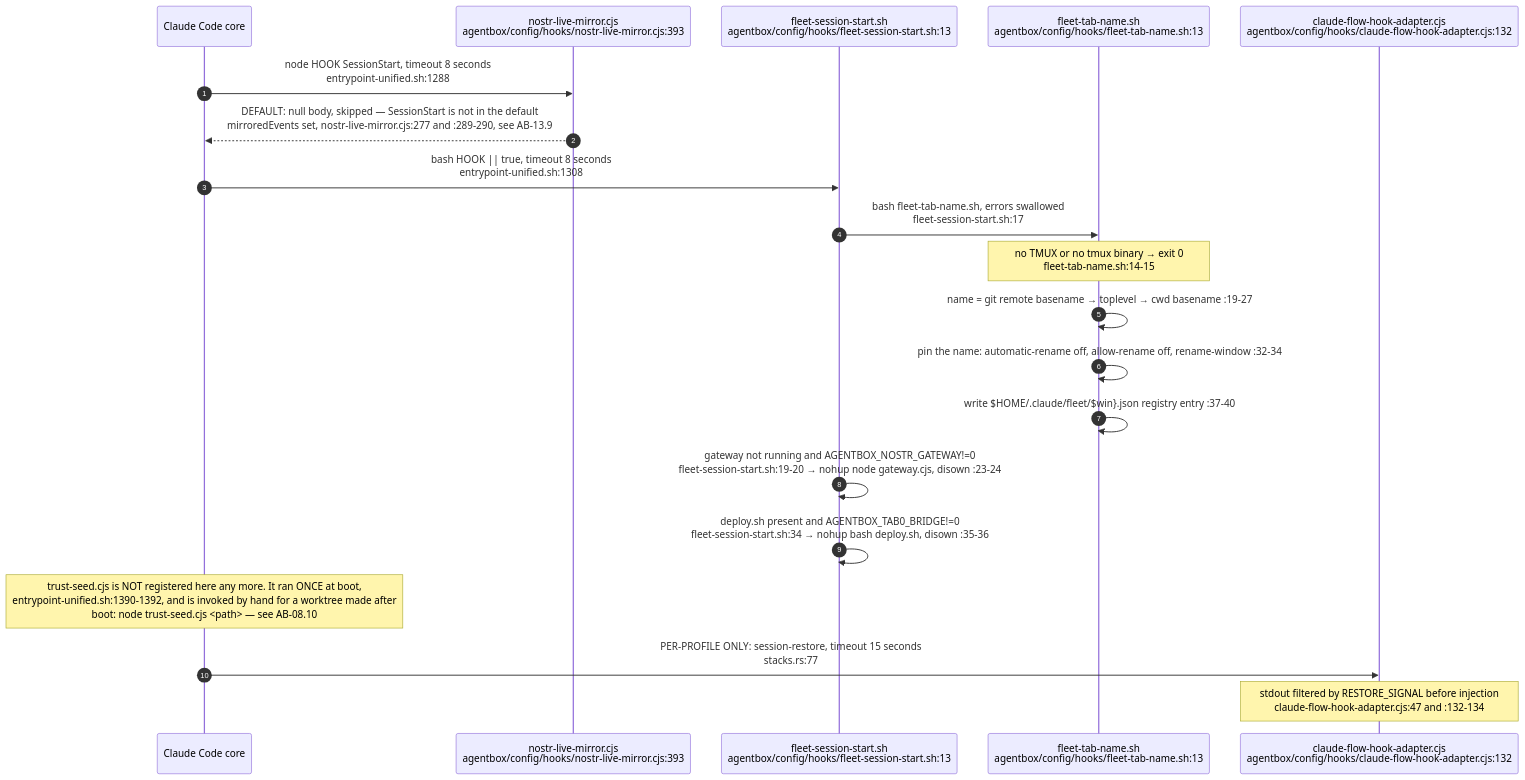
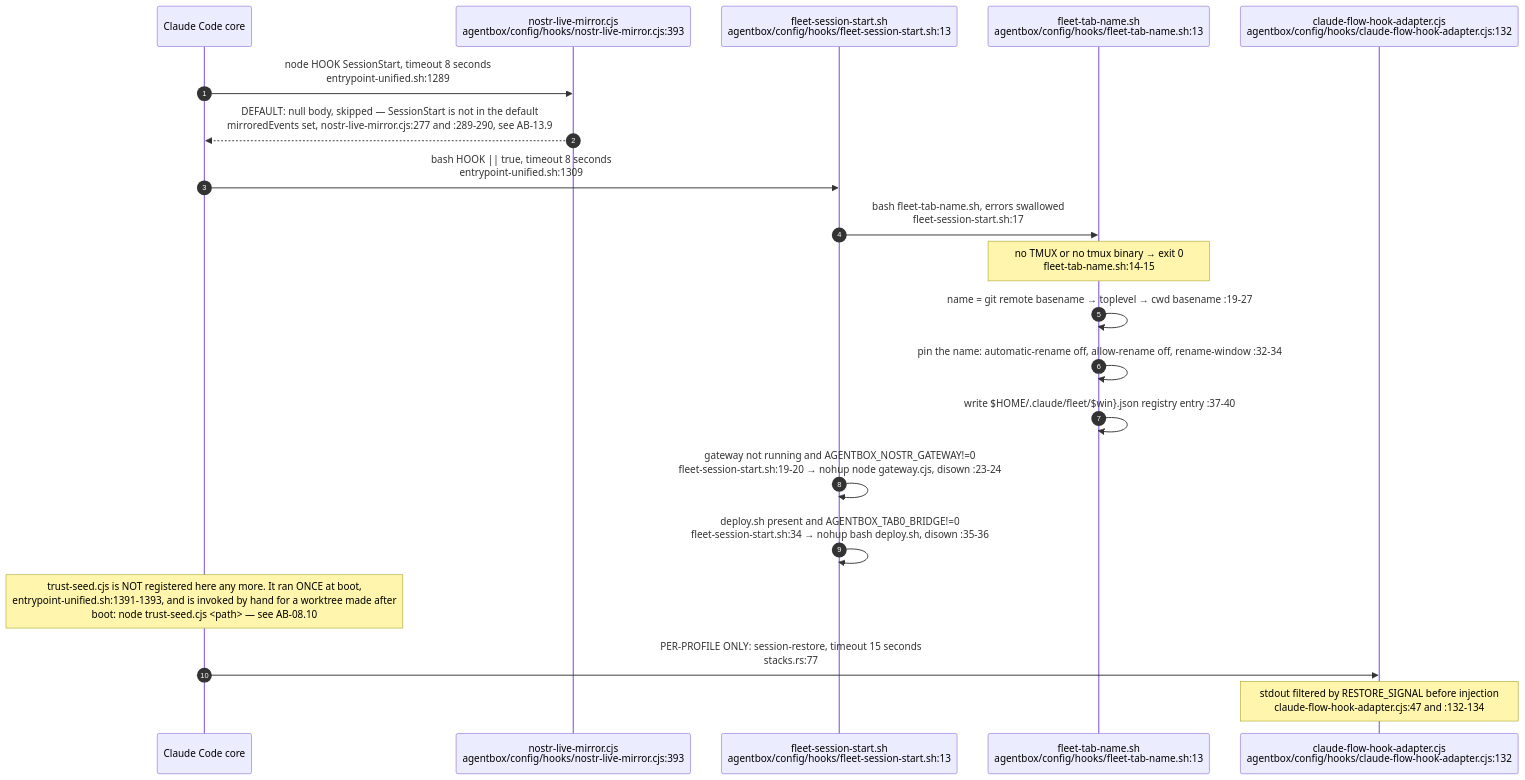
The fourth of 12 diagrams in docs/diagrams/agentbox/08-hooks-pipeline.md (DreamLab-AI/VisionFlow), drawn with Mermaid before and after one commit. The commit also changed other lines of this file and 94 other files, not shown here.

First line of the commit message:
docs(diagrams): re-verify 130 topics against 2 October HEADs

````diff
--- a/docs/diagrams/agentbox/08-hooks-pipeline.md
+++ b/docs/diagrams/agentbox/08-hooks-pipeline.md
@@ -174,23 +175,23 @@
 ```mermaid
 sequenceDiagram
     autonumber
     participant CC as Claude Code core
     participant NM as nostr-live-mirror.cjs<br/>agentbox/config/hooks/nostr-live-mirror.cjs:393
     participant FS as fleet-session-start.sh<br/>agentbox/config/hooks/fleet-session-start.sh:13
     participant FTN as fleet-tab-name.sh<br/>agentbox/config/hooks/fleet-tab-name.sh:13
     participant AD as claude-flow-hook-adapter.cjs<br/>agentbox/config/hooks/claude-flow-hook-adapter.cjs:132
 
-    CC->>NM: node HOOK SessionStart, timeout 8 seconds<br/>entrypoint-unified.sh:1288
+    CC->>NM: node HOOK SessionStart, timeout 8 seconds<br/>entrypoint-unified.sh:1289
     NM-->>CC: DEFAULT: null body, skipped — SessionStart is not in the default<br/>mirroredEvents set, nostr-live-mirror.cjs:277 and :289-290, see AB-13.9
-    CC->>FS: bash HOOK #124;#124; true, timeout 8 seconds<br/>entrypoint-unified.sh:1308
+    CC->>FS: bash HOOK #124;#124; true, timeout 8 seconds<br/>entrypoint-unified.sh:1309
     FS->>FTN: bash fleet-tab-name.sh, errors swallowed<br/>fleet-session-start.sh:17
     Note over FTN: no TMUX or no tmux binary → exit 0<br/>fleet-tab-name.sh:14-15
     FTN->>FTN: name = git remote basename → toplevel → cwd basename :19-27
     FTN->>FTN: pin the name: automatic-rename off, allow-rename off, rename-window :32-34
     FTN->>FTN: write $HOME/.claude/fleet/#36;win#125;.json registry entry :37-40
     FS->>FS: gateway not running and AGENTBOX_NOSTR_GATEWAY!=0<br/>fleet-session-start.sh:19-20 → nohup node gateway.cjs, disown :23-24
     FS->>FS: deploy.sh present and AGENTBOX_TAB0_BRIDGE!=0<br/>fleet-session-start.sh:34 → nohup bash deploy.sh, disown :35-36
-    Note over CC: trust-seed.cjs is NOT registered here any more. It ran ONCE at boot,<br/>entrypoint-unified.sh:1390-1392, and is invoked by hand for a worktree made after<br/>boot: node trust-seed.cjs #60;path#62; — see AB-08.10
+    Note over CC: trust-seed.cjs is NOT registered here any more. It ran ONCE at boot,<br/>entrypoint-unified.sh:1391-1393, and is invoked by hand for a worktree made after<br/>boot: node trust-seed.cjs #60;path#62; — see AB-08.10
     CC->>AD: PER-PROFILE ONLY: session-restore, timeout 15 seconds<br/>stacks.rs:77
     Note over AD: stdout filtered by RESTORE_SIGNAL before injection<br/>claude-flow-hook-adapter.cjs:47 and :132-134
 ```
````
